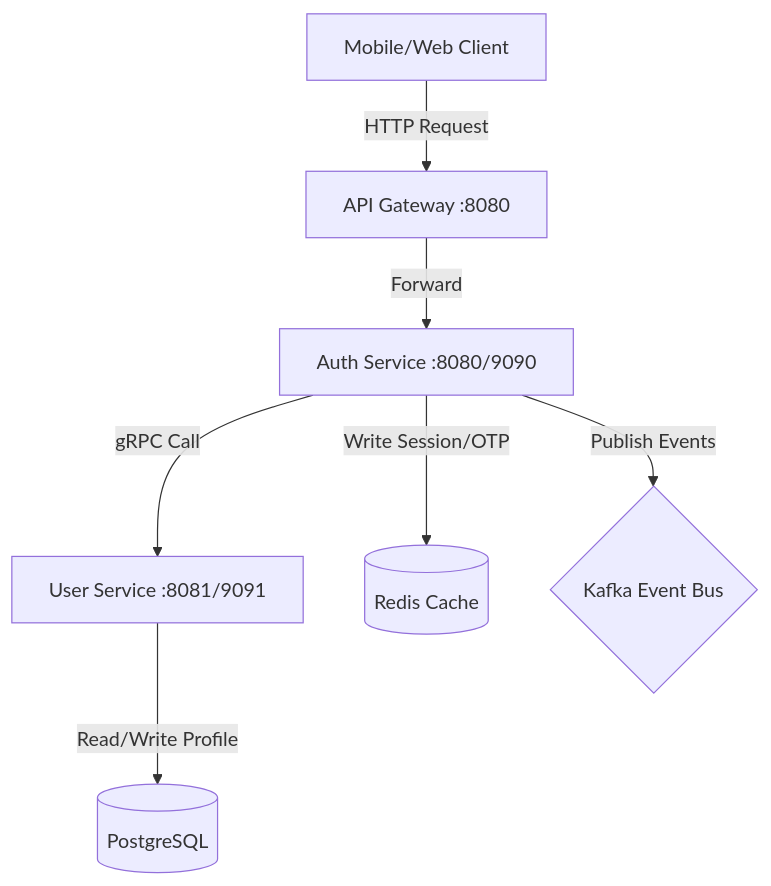
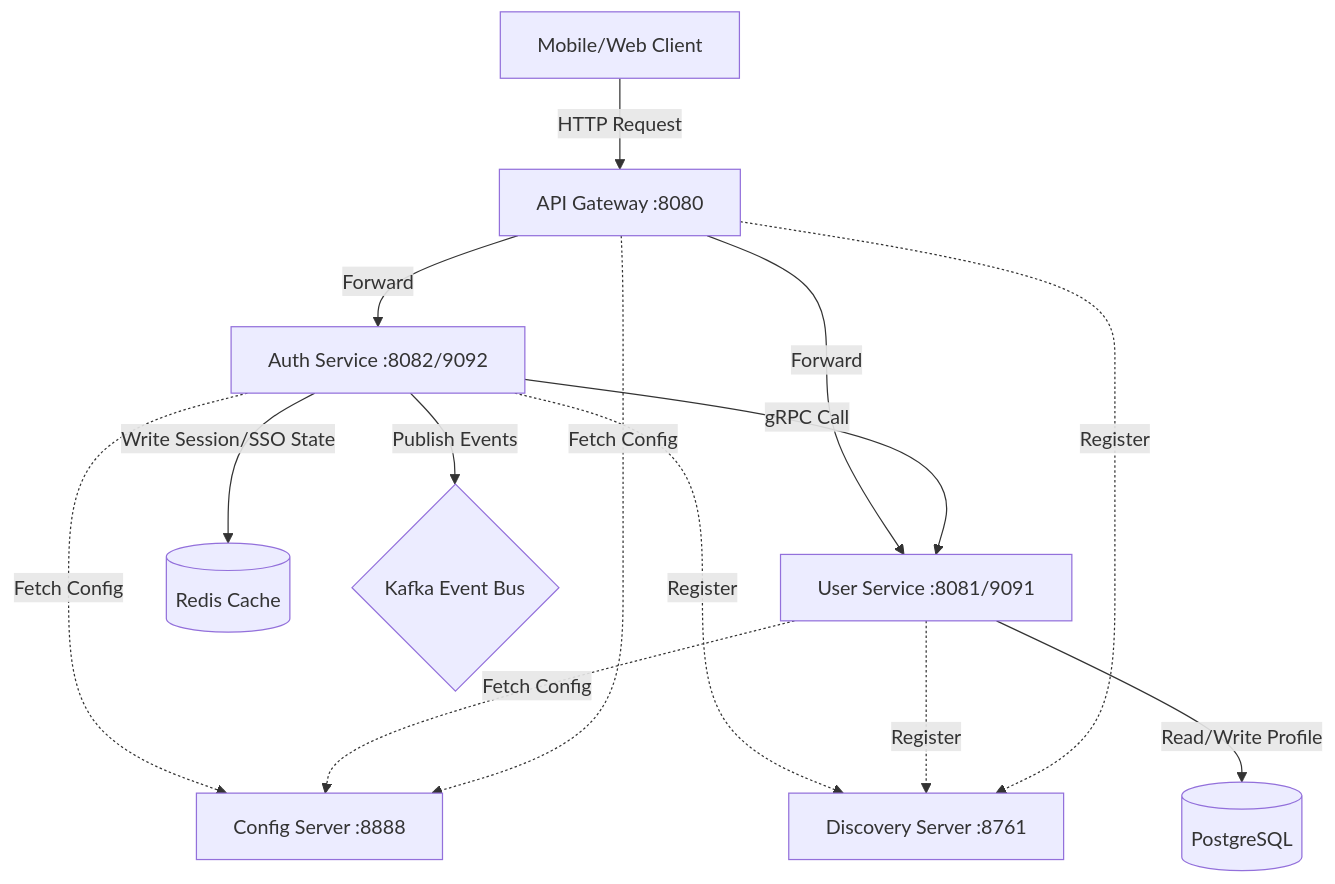
Before and after one commit to lethanhtrong161005/bitebolt-be: the diagram in README.md, drawn with Mermaid. The commit also changed other lines of this file and 21 other files, not shown here.

Commit message:
update config server

````diff
--- a/README.md
+++ b/README.md
@@ -16,17 +17,27 @@
 ```mermaid
 graph TD
     Client[Mobile/Web Client]
     Gateway[API Gateway :8080]
-    AuthService[Auth Service :8080/9090]
+    ConfigServer[Config Server :8888]
+    DiscoveryServer[Discovery Server :8761]
+    AuthService[Auth Service :8082/9092]
     UserService[User Service :8081/9091]
     Redis[(Redis Cache)]
     Postgres[(PostgreSQL)]
     Kafka{Kafka Event Bus}
     
     Client -->|HTTP Request| Gateway
     Gateway -->|Forward| AuthService
+    Gateway -->|Forward| UserService
+    AuthService -.->|Fetch Config| ConfigServer
+    UserService -.->|Fetch Config| ConfigServer
+    Gateway -.->|Fetch Config| ConfigServer
+    AuthService -.->|Register| DiscoveryServer
+    UserService -.->|Register| DiscoveryServer
+    Gateway -.->|Register| DiscoveryServer
+
     AuthService -->|gRPC Call| UserService
-    AuthService -->|Write Session/OTP| Redis
+    AuthService -->|Write Session/SSO State| Redis
     AuthService -->|Publish Events| Kafka
     UserService -->|Read/Write Profile| Postgres
 ```
````
